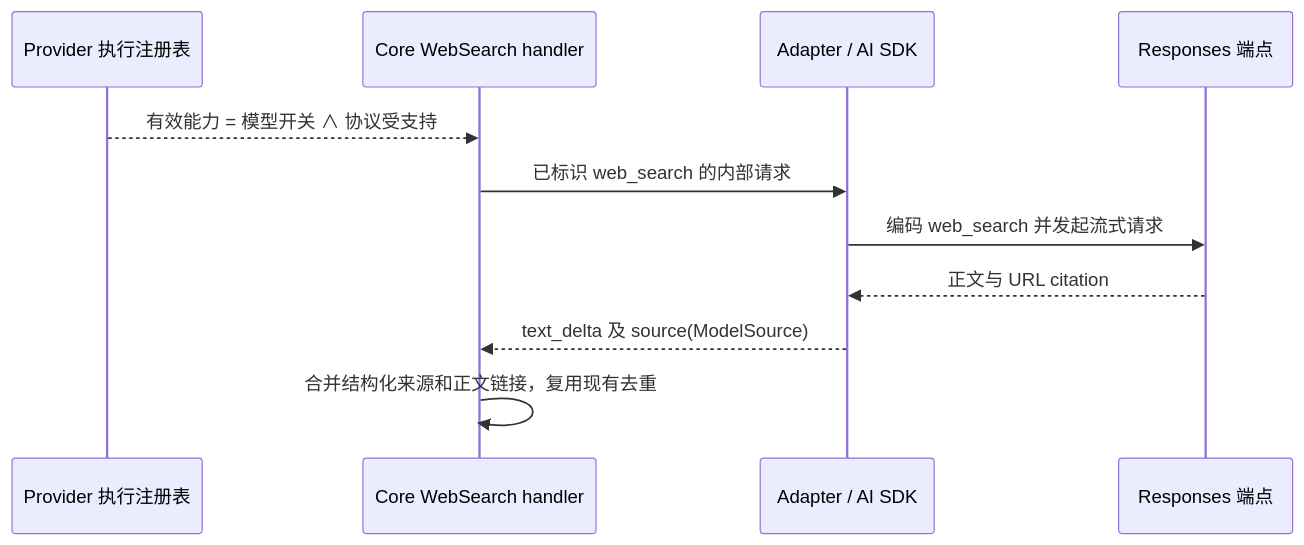
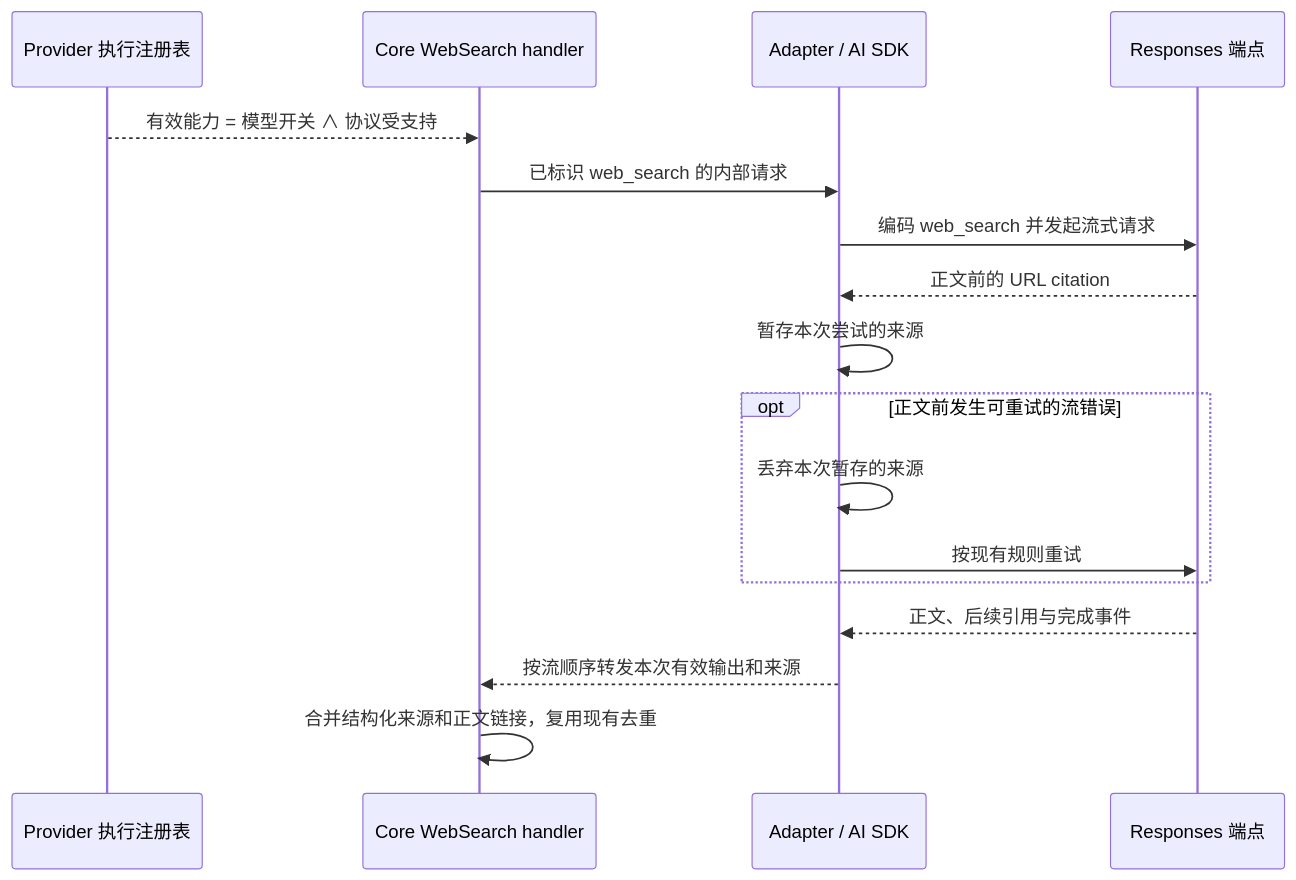
Before and after one commit to BlueSkyXN/OpenZWork: the diagram in docs/specs/websearch-openai-responses-openzwork.md, drawn with Mermaid. The commit also changed other lines of this file and 3 other files, not shown here.

````diff
--- a/docs/specs/websearch-openai-responses-openzwork.md
+++ b/docs/specs/websearch-openai-responses-openzwork.md
@@ -19,13 +19,19 @@
 ```mermaid
 sequenceDiagram
     participant R as Provider 执行注册表
     participant H as Core WebSearch handler
     participant A as Adapter / AI SDK
     participant P as Responses 端点
     R-->>H: 有效能力 = 模型开关 ∧ 协议受支持
     H->>A: 已标识 web_search 的内部请求
     A->>P: 编码 web_search 并发起流式请求
-    P-->>A: 正文与 URL citation
-    A-->>H: text_delta 及 source(ModelSource)
+    P-->>A: 正文前的 URL citation
+    A->>A: 暂存本次尝试的来源
+    opt 正文前发生可重试的流错误
+        A->>A: 丢弃本次暂存的来源
+        A->>P: 按现有规则重试
+    end
+    P-->>A: 正文、后续引用与完成事件
+    A-->>H: 按流顺序转发本次有效输出和来源
     H->>H: 合并结构化来源和正文链接，复用现有去重
 ```
````
